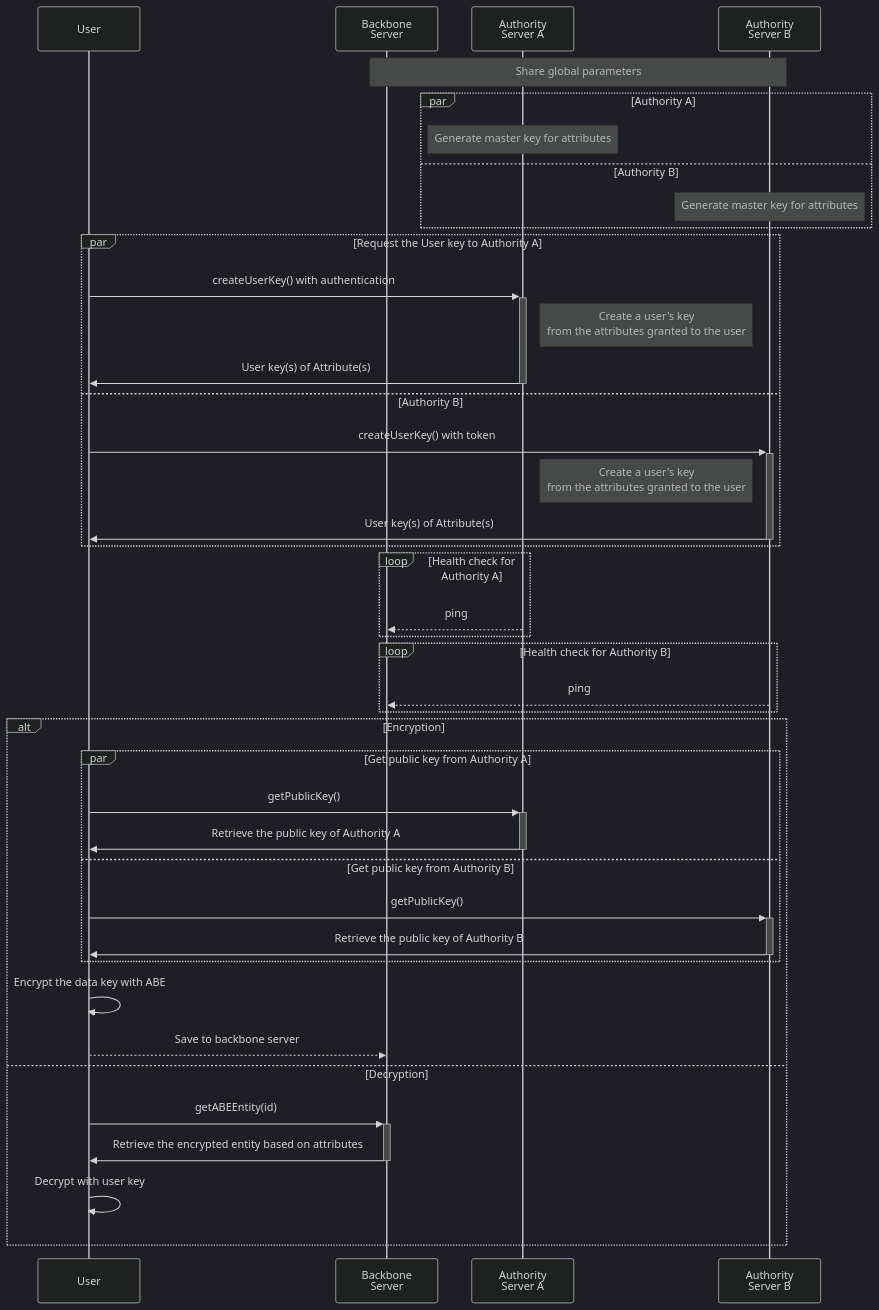
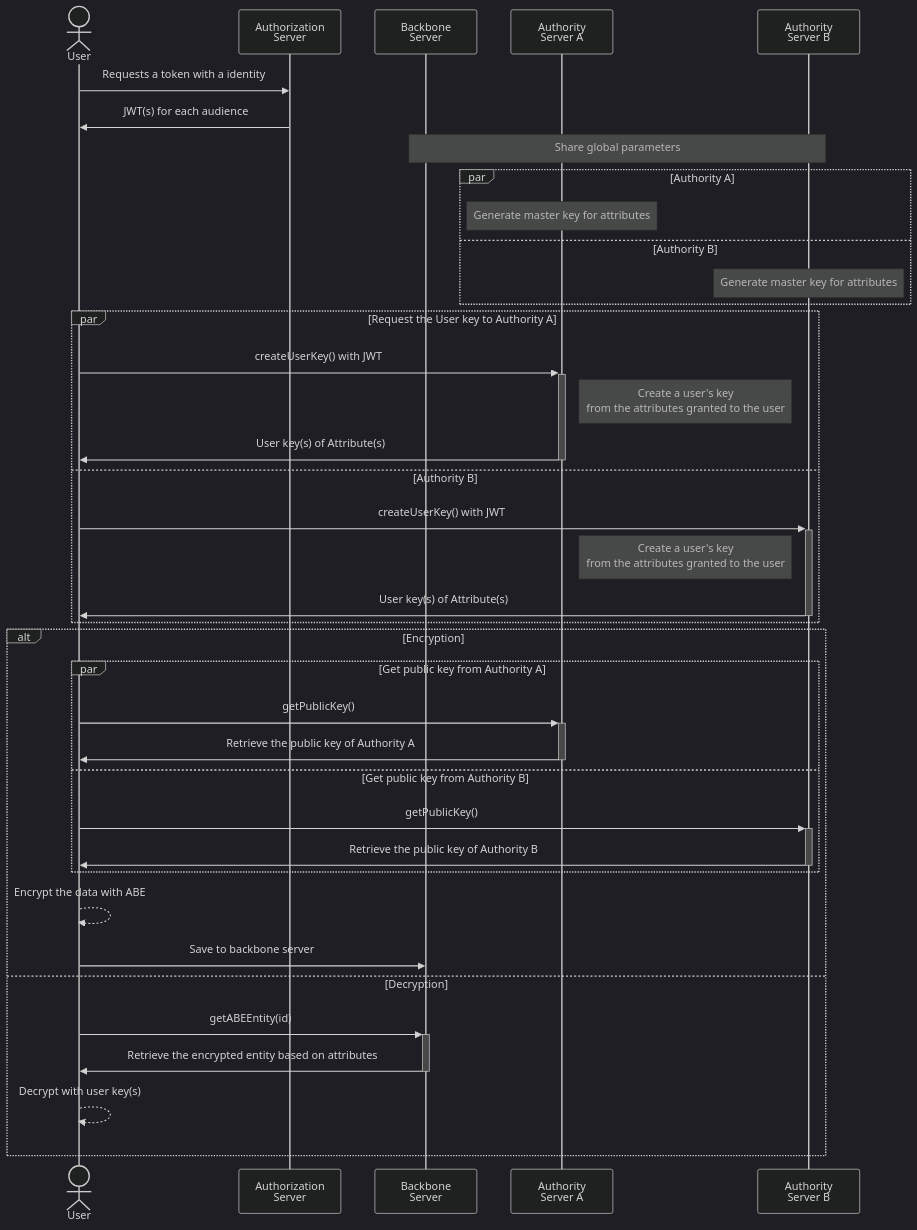
Before and after one commit to CremitHQ/tessera: the diagram in docs/versioned_docs/version-0.0.1/getting-started/introduction.mdx, drawn with Mermaid (dark theme). The commit also changed other lines of this file and 27 other files, not shown here.

````diff
--- a/docs/versioned_docs/version-0.0.1/getting-started/introduction.mdx
+++ b/docs/versioned_docs/version-0.0.1/getting-started/introduction.mdx
@@ -48,47 +50,47 @@
 ```mermaid
 sequenceDiagram
-    participant User
+    actor User
+    participant AZ as Authorization<br>Server
     participant BS as Backbone<br>Server
     participant ASA as Authority<br>Server A
     participant ASB as Authority<br>Server B
+
+
+    User->>AZ: Requests a token with a identity
+    AZ->>User: JWT(s) for each audience
 
     Note over BS, ASB: Share global parameters
     par Authority A
         Note over ASA: Generate master key for attributes
     and Authority B
         Note over ASB: Generate master key for attributes
     end
     par Request the User key to Authority A
-        User->>+ASA: createUserKey() with authentication
+        User->>+ASA: createUserKey() with JWT
         Note right of  ASA: Create a user's key <br>from the attributes granted to the user
         ASA->>-User: User key(s) of Attribute(s)
     and Authority B
-        User->>+ASB: createUserKey() with token
+        User->>+ASB: createUserKey() with JWT
         Note left of  ASB: Create a user's key <br>from the attributes granted to the user
         ASB->>-User: User key(s) of Attribute(s)
     end
 
-    loop Health check for Authority A
-        ASA-->>BS: ping
-    end
-    loop Health check for Authority B
-        ASB-->>BS: ping
-    end
+
     alt Encryption
         par Get public key from Authority A
             User->>+ASA: getPublicKey()
             ASA->>-User: Retrieve the public key of Authority A
         and Get public key from Authority B
             User->>+ASB: getPublicKey()
             ASB->>-User: Retrieve the public key of Authority B
         end
 
-        User->>User: Encrypt the data key with ABE
-        User-->>BS: Save to backbone server
+        User-->>User: Encrypt the data with ABE
+        User->>BS: Save to backbone server
 
     else Decryption
         User->>+BS: getABEEntity(id)
         BS->>-User: Retrieve the encrypted entity based on attributes
-        User->>User: Decrypt with user key
+        User-->>User: Decrypt with user key(s)
     end
 ```
````
